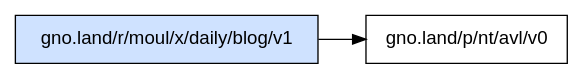
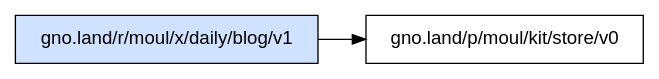
Before and after one commit to moul/gno-contracts: the diagram in _assets/gno.land/r/moul/x/daily/blog/v1/deps.dot, drawn with Graphviz. The commit also changed 55 other files, not shown here.

Commit message:
chore: regenerate catalog, graphs and on-chain status [skip ci]

```diff
--- a/_assets/gno.land/r/moul/x/daily/blog/v1/deps.dot
+++ b/_assets/gno.land/r/moul/x/daily/blog/v1/deps.dot
@@ -1,6 +1,6 @@
 digraph deps {
   rankdir=LR;
   node [shape=box, fontname="sans-serif"];
   "gno.land/r/moul/x/daily/blog/v1" [style=filled, fillcolor="#cfe2ff"];
-  "gno.land/r/moul/x/daily/blog/v1" -> "gno.land/p/nt/avl/v0";
+  "gno.land/r/moul/x/daily/blog/v1" -> "gno.land/p/moul/kit/store/v0";
 }
```
